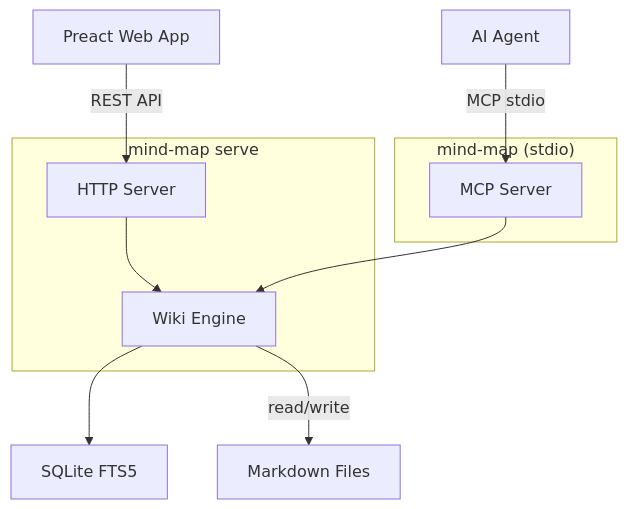
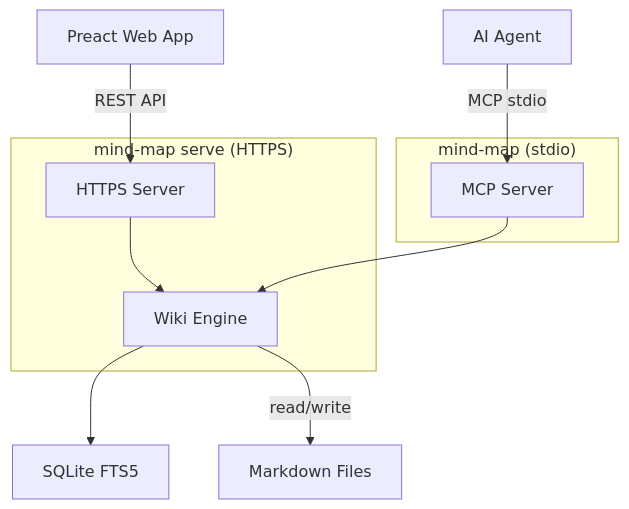
Before and after one commit to aniongithub/mind-map: the diagram in README.md, drawn with Mermaid. The commit also changed other lines of this file, not shown here.

First line of the commit message:
docs: update README for HTTPS, TLS, service management

````diff
--- a/README.md
+++ b/README.md
@@ -52,16 +65,16 @@
 ```mermaid
 graph TD
     A[Preact Web App] -->|REST API| B
     C[AI Agent] -->|MCP stdio| D
 
-    subgraph "mind-map serve"
-        B[HTTP Server] --> E[Wiki Engine]
+    subgraph "mind-map serve (HTTPS)"
+        B[HTTPS Server] --> E[Wiki Engine]
     end
 
     subgraph "mind-map (stdio)"
         D[MCP Server] --> E
     end
 
     E --> F[SQLite FTS5]
     E -->|read/write| G[Markdown Files]
 ```
````
